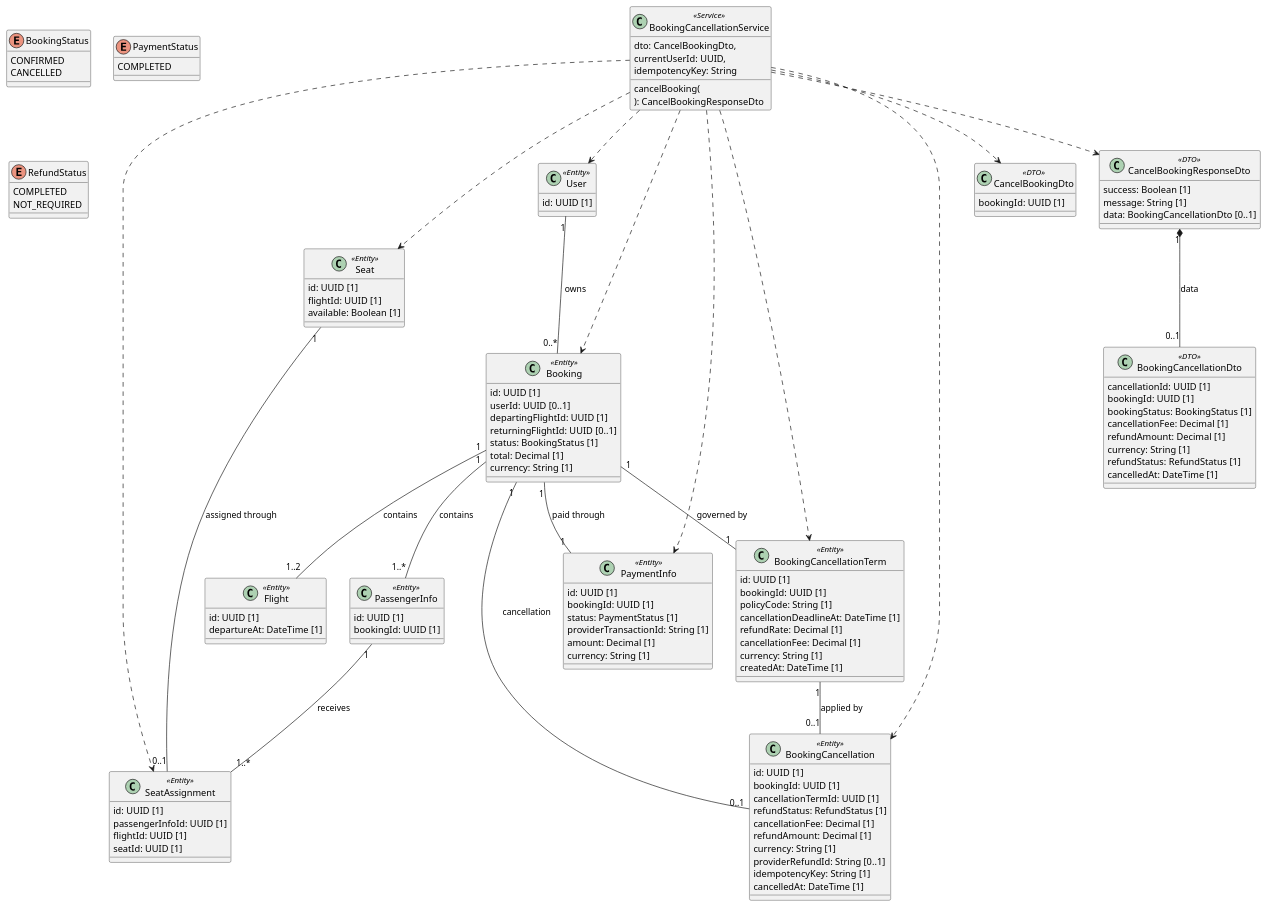
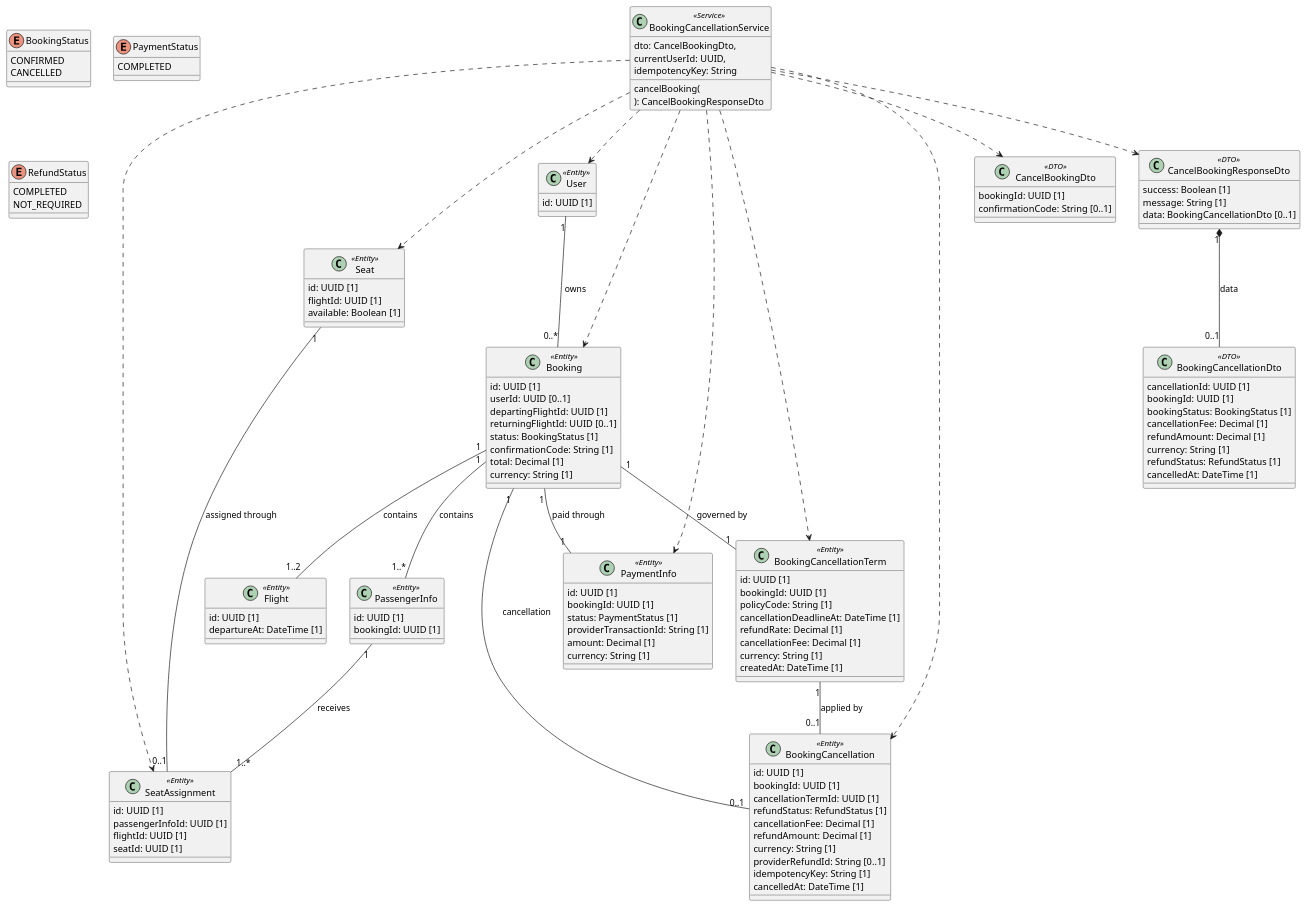
Before and after one commit to khanhNguyenHong2311/VT-TripmaSpecification: the diagram in 01-inception/use-cases/uc-14-cancel-booking.md, drawn with PlantUML. The commit also changed other lines of this file and 19 other files, not shown here.

```diff
--- a/01-inception/use-cases/uc-14-cancel-booking.md
+++ b/01-inception/use-cases/uc-14-cancel-booking.md
@@ -143,6 +143,7 @@
   departingFlightId: UUID [1]
   returningFlightId: UUID [0..1]
   status: BookingStatus [1]
+  confirmationCode: String [1]
   total: Decimal [1]
   currency: String [1]
 }
@@ -205,6 +206,7 @@
 
 class CancelBookingDto <<DTO>> {
   bookingId: UUID [1]
+  confirmationCode: String [0..1]
 }
 
 class BookingCancellationDto <<DTO>> {
```
